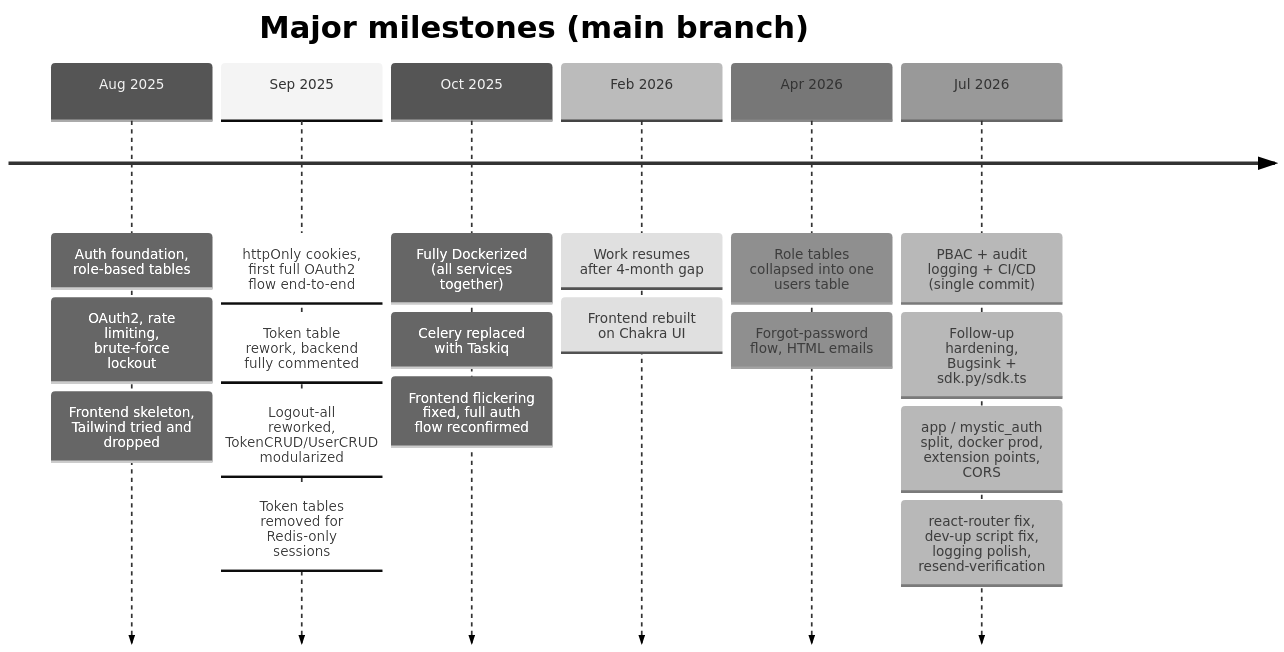
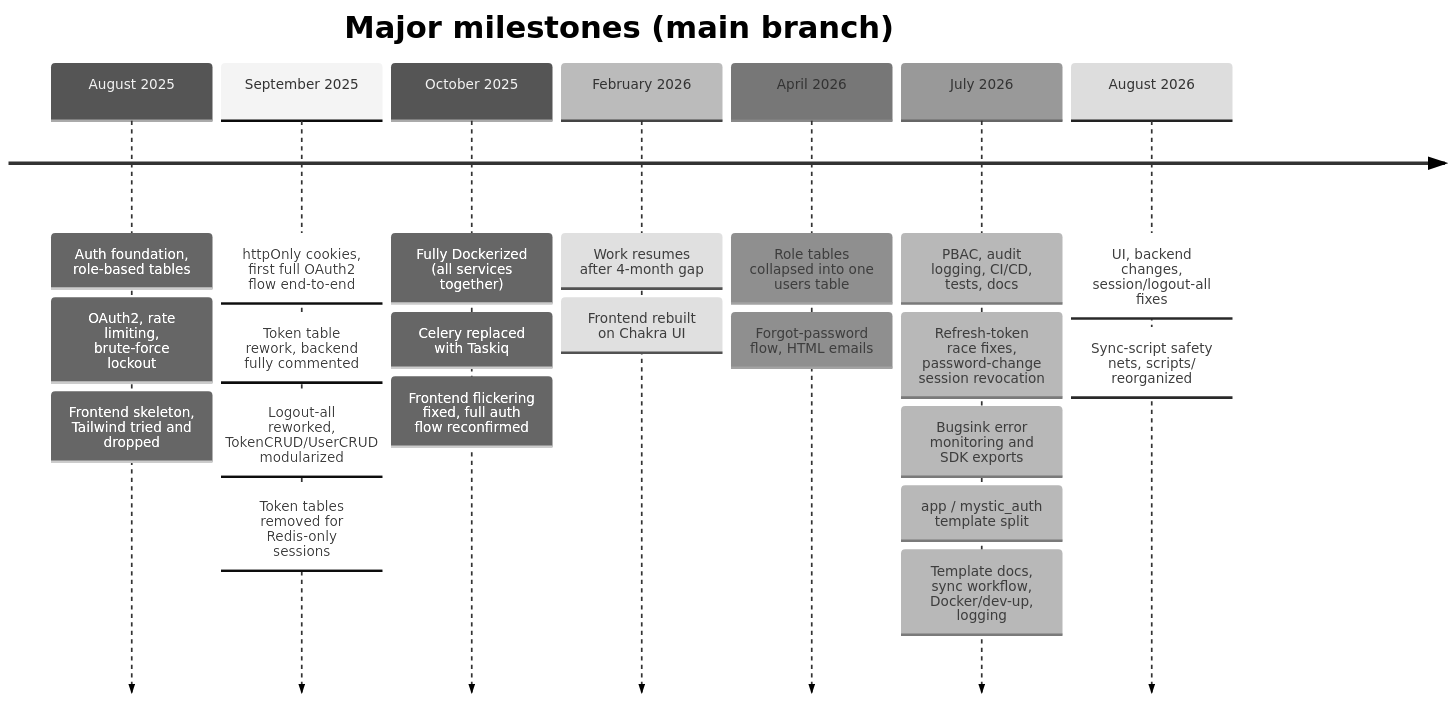
The diagram in docs/mystic_auth/project-story/README.md (Nachiket-2024/balance_sheet_analysis), drawn with Mermaid (neutral theme) before and after one commit. The commit also changed other lines of this file and 419 other files, not shown here.

Commit message:
Synced to mystic-auth (1442dc6), refined UI, pagination/filter/sort and graphs

````diff
--- a/docs/mystic_auth/project-story/README.md
+++ b/docs/mystic_auth/project-story/README.md
@@ -37,22 +37,25 @@
 ```mermaid
 timeline
     title Major milestones (main branch)
-    Aug 2025: Auth foundation, role-based tables
+    August 2025: Auth foundation, role-based tables
             : OAuth2, rate limiting, brute-force lockout
             : Frontend skeleton, Tailwind tried and dropped
-    Sep 2025: httpOnly cookies, first full OAuth2 flow end-to-end
+    September 2025: httpOnly cookies, first full OAuth2 flow end-to-end
             : Token table rework, backend fully commented
             : Logout-all reworked, TokenCRUD/UserCRUD modularized
             : Token tables removed for Redis-only sessions
-    Oct 2025: Fully Dockerized (all services together)
+    October 2025: Fully Dockerized (all services together)
             : Celery replaced with Taskiq
             : Frontend flickering fixed, full auth flow reconfirmed
-    Feb 2026: Work resumes after 4-month gap
+    February 2026: Work resumes after 4-month gap
             : Frontend rebuilt on Chakra UI
-    Apr 2026: Role tables collapsed into one users table
+    April 2026: Role tables collapsed into one users table
             : Forgot-password flow, HTML emails
-    Jul 2026: PBAC + audit logging + CI/CD (single commit)
-            : Follow-up hardening, Bugsink + sdk.py/sdk.ts
-            : app / mystic_auth split, docker prod, extension points, CORS
-            : react-router fix, dev-up script fix, logging polish, resend-verification
+    July 2026: PBAC, audit logging, CI/CD, tests, docs
+            : Refresh-token race fixes, password-change session revocation
+            : Bugsink error monitoring and SDK exports
+            : app / mystic_auth template split
+            : Template docs, sync workflow, Docker/dev-up, logging
+    August 2026: UI, backend changes, session/logout-all fixes
+            : Sync-script safety nets, scripts/ reorganized
 ```
````
